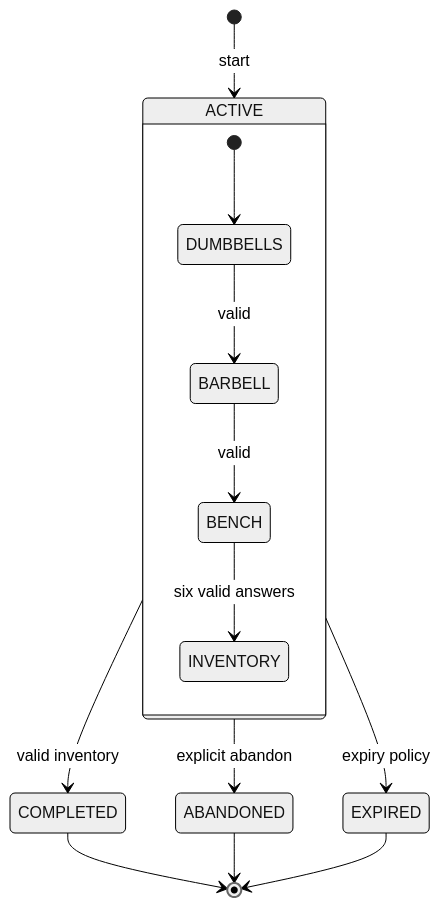
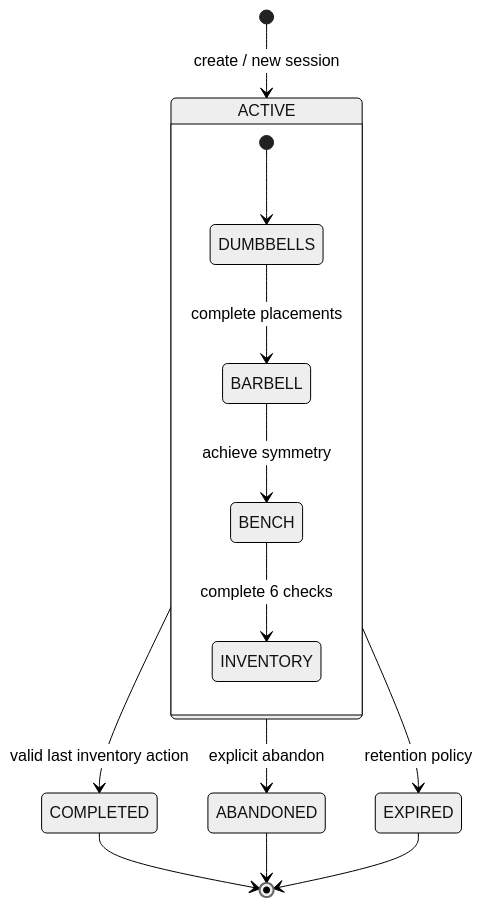
The diagram in first-set/sa/docs/03-state-machine.md (spicerrr/ddx-first-approach), drawn with Mermaid (neutral theme) before and after one commit. The commit also changed other lines of this file, not shown here.

Commit message:
refactor(sa): align mechanics, session transitions and data invariants

````diff
--- a/first-set/sa/docs/03-state-machine.md
+++ b/first-set/sa/docs/03-state-machine.md
@@ -5,16 +5,16 @@
 ```mermaid
 stateDiagram-v2
-  [*] --> ACTIVE: start
-  state ACTIVE {
-    [*] --> DUMBBELLS
-    DUMBBELLS --> BARBELL: valid
-    BARBELL --> BENCH: valid
-    BENCH --> INVENTORY: six valid answers
-  }
-  ACTIVE --> COMPLETED: valid inventory
-  ACTIVE --> ABANDONED: explicit abandon
-  ACTIVE --> EXPIRED: expiry policy
-  COMPLETED --> [*]
-  ABANDONED --> [*]
-  EXPIRED --> [*]
+    [*] --> ACTIVE: create / new session
+    state ACTIVE {
+        [*] --> DUMBBELLS
+        DUMBBELLS --> BARBELL: complete placements
+        BARBELL --> BENCH: achieve symmetry
+        BENCH --> INVENTORY: complete 6 checks
+    }
+    ACTIVE --> COMPLETED: valid last inventory action
+    ACTIVE --> ABANDONED: explicit abandon
+    ACTIVE --> EXPIRED: retention policy
+    COMPLETED --> [*]
+    ABANDONED --> [*]
+    EXPIRED --> [*]
 ```
````
